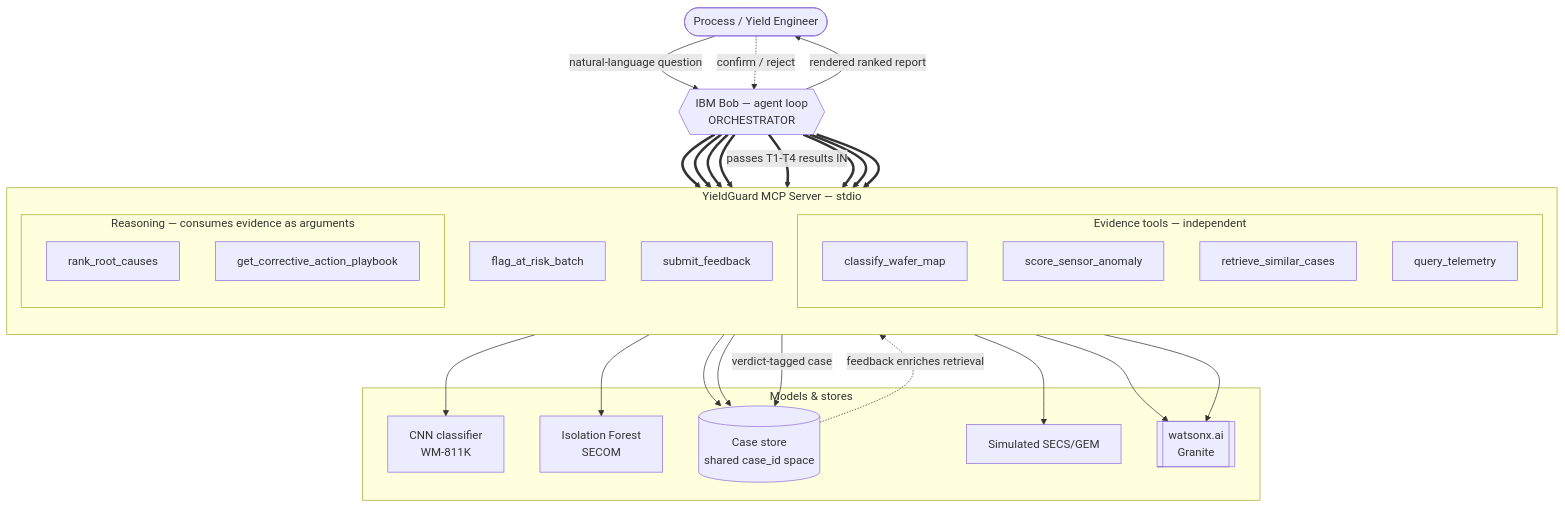
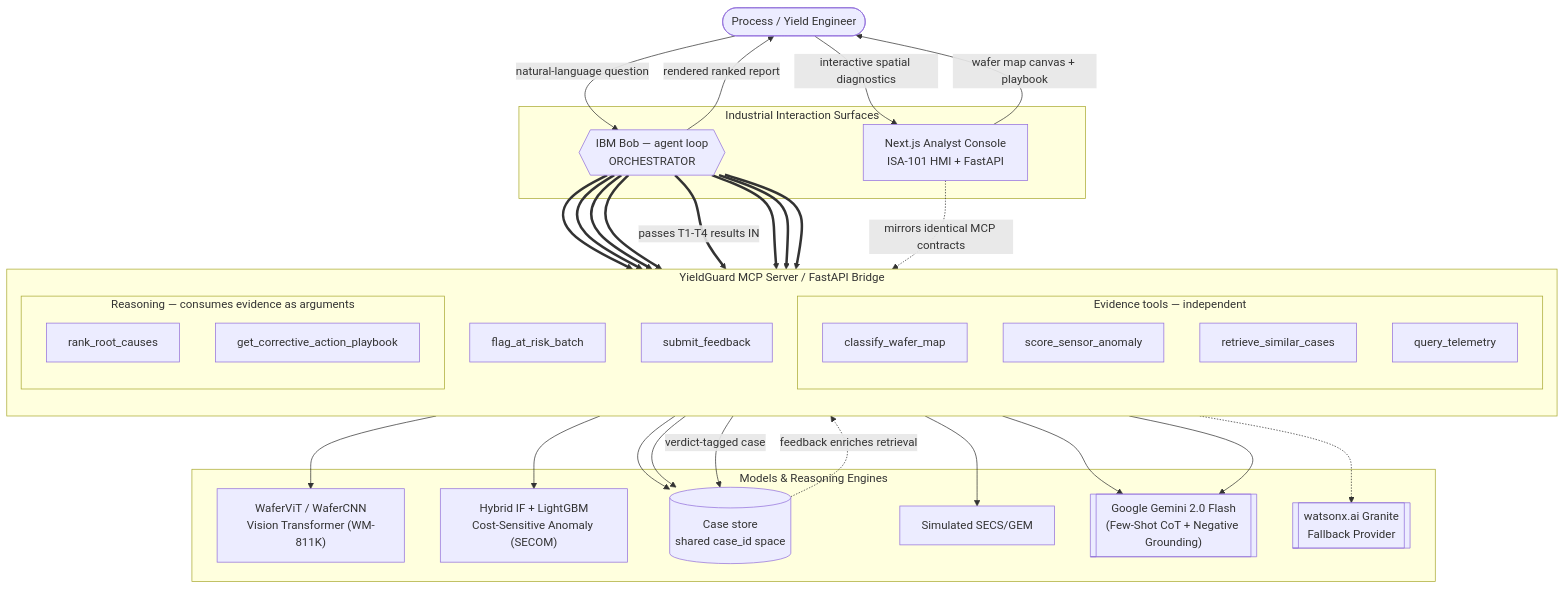
Before and after one commit to Parva-28/bob-ai-hackathon-DuckDuckGo: the diagram in docs/architecture.md, drawn with Mermaid. The commit also changed other lines of this file and 34 other files, not shown here.

Commit message:
integrated next js for gui and new llm provider

````diff
--- a/docs/architecture.md
+++ b/docs/architecture.md
@@ -9,52 +9,61 @@
 ```mermaid
 graph TD
     U([Process / Yield Engineer])
-    BOB{{"IBM Bob — agent loop<br/>ORCHESTRATOR"}}
+    
+    subgraph SURFACES["Industrial Interaction Surfaces"]
+        BOB{{"IBM Bob — agent loop<br/>ORCHESTRATOR"}}
+        HMI["Next.js Analyst Console<br/>ISA-101 HMI + FastAPI"]
+    end
 
     U -->|natural-language question| BOB
+    U -->|interactive spatial diagnostics| HMI
     BOB -->|rendered ranked report| U
-    U -.->|confirm / reject| BOB
+    HMI -->|wafer map canvas + playbook| U
 
-    subgraph MCP["YieldGuard MCP Server — stdio"]
+    subgraph MCP["YieldGuard MCP Server / FastAPI Bridge"]
         direction TB
         subgraph EVID["Evidence tools — independent"]
             T1[classify_wafer_map]
             T2[score_sensor_anomaly]
             T3[retrieve_similar_cases]
             T4[query_telemetry]
         end
         subgraph REASON["Reasoning — consumes evidence as arguments"]
             T5[rank_root_causes]
             T6[get_corrective_action_playbook]
         end
         T7[flag_at_risk_batch]
         T8[submit_feedback]
     end
 
     BOB ==> T1
     BOB ==> T2
     BOB ==> T3
     BOB ==> T4
     BOB ==>|passes T1-T4 results IN| T5
     BOB ==> T6
     BOB ==> T7
     BOB ==> T8
 
-    subgraph MODELS["Models & stores"]
-        M1[CNN classifier<br/>WM-811K]
-        M2[Isolation Forest<br/>SECOM]
+    HMI -.->|mirrors identical MCP contracts| MCP
+
+    subgraph MODELS["Models & Reasoning Engines"]
+        M1["WaferViT / WaferCNN<br/>Vision Transformer (WM-811K)"]
+        M2["Hybrid IF + LightGBM<br/>Cost-Sensitive Anomaly (SECOM)"]
         M3[(Case store<br/>shared case_id space)]
         M4[Simulated SECS/GEM]
-        M5[[watsonx.ai<br/>Granite]]
+        M5[["Google Gemini 2.0 Flash<br/>(Few-Shot CoT + Negative Grounding)"]]
+        M6[[watsonx.ai Granite<br/>Fallback Provider]]
     end
 
     T1 --> M1
     T2 --> M2
     T3 --> M3
     T4 --> M4
     T5 --> M5
+    T5 -.-> M6
     T6 --> M5
     T7 --> M3
     T8 -->|verdict-tagged case| M3
     M3 -.->|feedback enriches retrieval| T3
 ```
````
